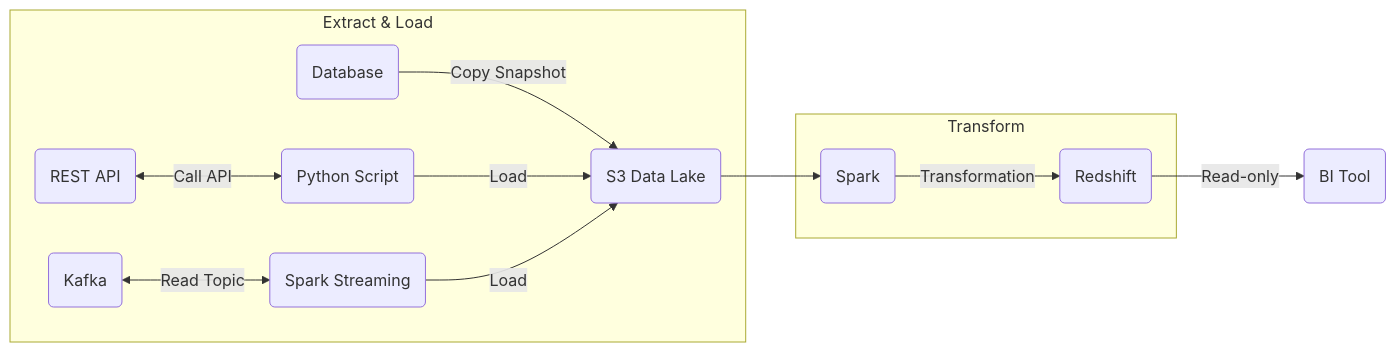
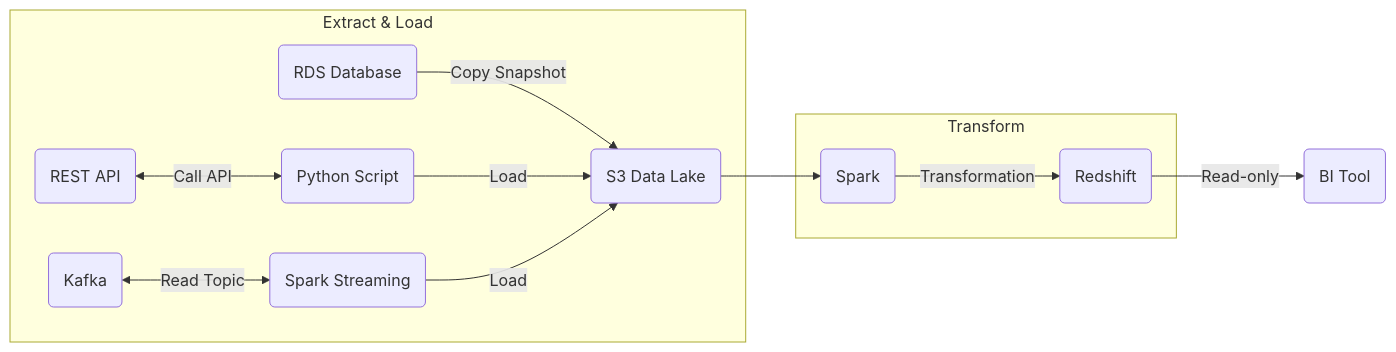
Before and after one commit to chace86/senior-data-engineer-assignment: the first of 3 diagrams in Architecture.md, drawn with Mermaid. The commit also changed other lines of this file, not shown here.

Commit message:
update with more flow info

````diff
--- a/Architecture.md
+++ b/Architecture.md
@@ -3,38 +3,38 @@
 ```mermaid
 
   flowchart LR;
 
   subgraph Extract & Load
 
     data_lake_s3(S3 Data Lake)
 
     src_api(REST API) <-->
       |Call API| python_script
 
-    src_db(Database) -->
+    src_db(RDS Database) -->
       |Copy Snapshot| data_lake_s3
 
     src_stream(Kafka) <-->
       |Read Topic| spark_streaming
 
     python_script(Python Script) -->
       |Load| data_lake_s3
 
     spark_streaming(Spark Streaming) -->
       |Load| data_lake_s3
 
   end
 
   subgraph Transform
 
     data_lake_s3 --> spark(Spark)
 
     spark -->
       |Transformation| redshift(Redshift)
 
   end
 
   redshift -->
     |Read-only| bi_tool(BI Tool)
 
 ```
````
